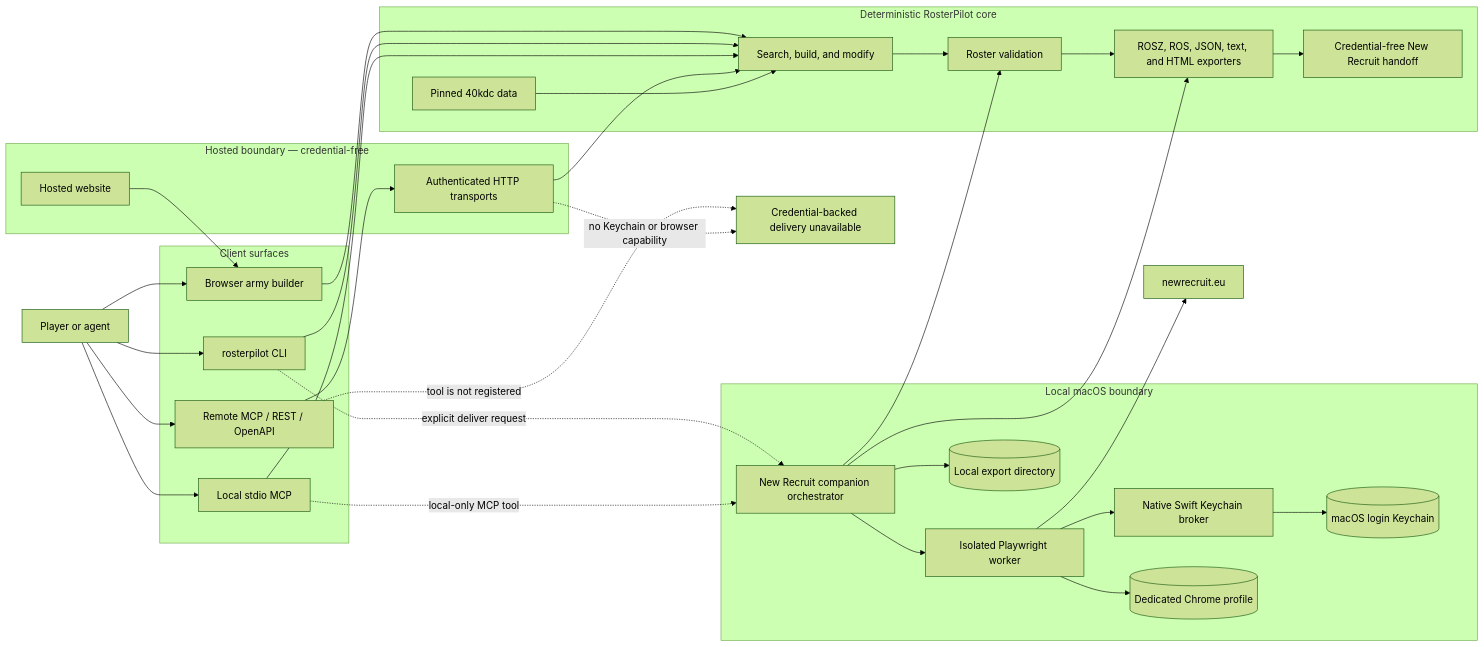
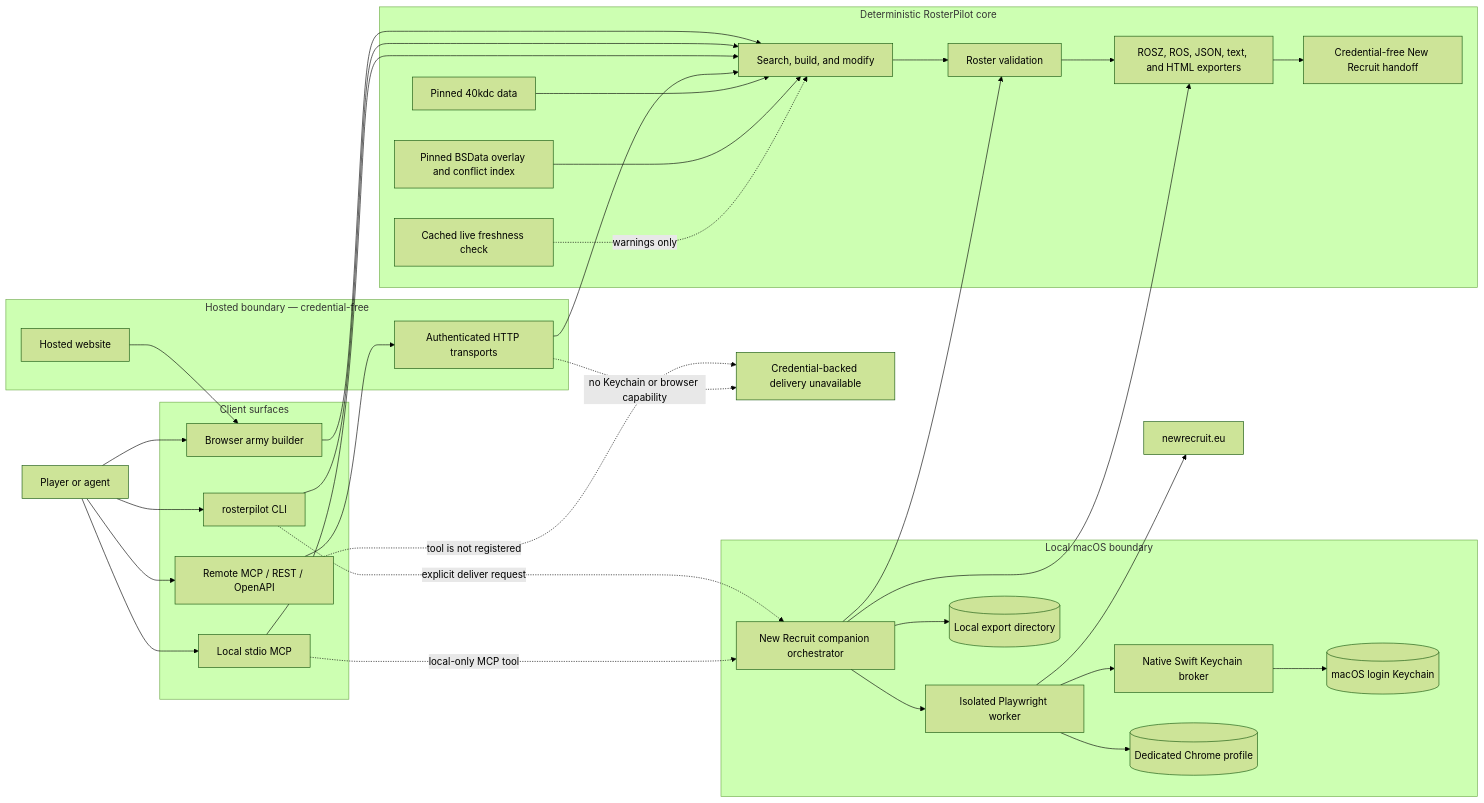
One commit to jrichyrich/new_recruit changed the first of 4 diagrams in docs/architecture.md. Above: the diagram before and after it, drawn with Mermaid (forest theme). The commit also changed other lines of this file and 32 other files, not shown here.

````diff
--- a/docs/architecture.md
+++ b/docs/architecture.md
@@ -53,67 +71,71 @@
 ```mermaid
 flowchart LR
     user["Player or agent"]
 
     subgraph clients["Client surfaces"]
         web["Browser army builder"]
         cli["rosterpilot CLI"]
         localMcp["Local stdio MCP"]
         remote["Remote MCP / REST / OpenAPI"]
     end
 
     subgraph core["Deterministic RosterPilot core"]
         data["Pinned 40kdc data"]
+        catalogue["Pinned BSData overlay and conflict index"]
+        freshness["Cached live freshness check"]
         engine["Search, build, and modify"]
         validator["Roster validation"]
         exporter["ROSZ, ROS, JSON, text, and HTML exporters"]
         handoff["Credential-free New Recruit handoff"]
     end
 
     subgraph hosted["Hosted boundary — credential-free"]
         site["Hosted website"]
         http["Authenticated HTTP transports"]
     end
 
     subgraph local["Local macOS boundary"]
         companion["New Recruit companion orchestrator"]
         worker["Isolated Playwright worker"]
         broker["Native Swift Keychain broker"]
         keychain[("macOS login Keychain")]
         profile[("Dedicated Chrome profile")]
         files[("Local export directory")]
     end
 
     newRecruit["newrecruit.eu"]
 
     user --> web
     user --> cli
     user --> localMcp
     user --> remote
 
     web --> engine
     cli --> engine
     localMcp --> engine
     remote --> http
     http --> engine
     site --> web
 
     data --> engine
+    catalogue --> engine
+    freshness -. "warnings only" .-> engine
     engine --> validator
     validator --> exporter
     exporter --> handoff
 
     cli -. "explicit deliver request" .-> companion
     localMcp -. "local-only MCP tool" .-> companion
     companion --> validator
     companion --> exporter
     companion --> worker
     worker --> broker
     broker --> keychain
     worker --> profile
     worker --> newRecruit
     companion --> files
 
     hostedStop["Credential-backed delivery unavailable"]
     remote -. "tool is not registered" .-> hostedStop
     http -. "no Keychain or browser capability" .-> hostedStop
 ```
````
